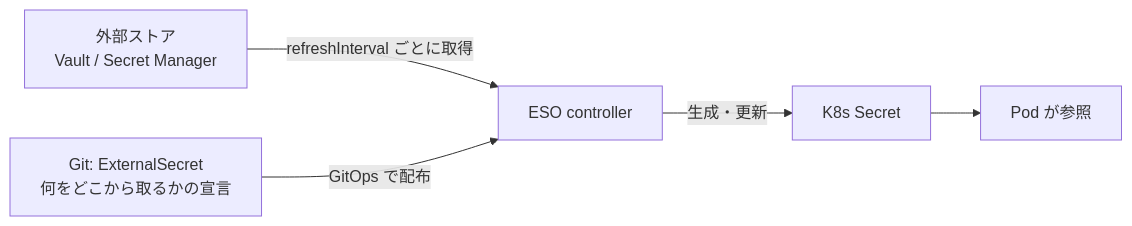
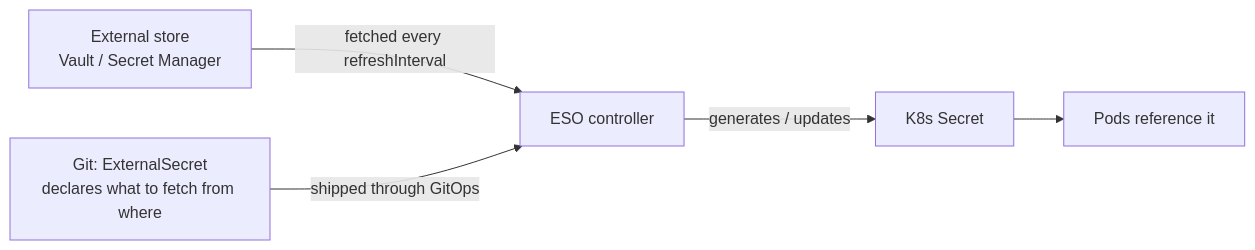
One commit to rai-wtnb/lab-argocd changed the diagram in docs/04-eso.md. Above: the diagram before and after it, drawn with Mermaid. The commit also changed other lines of this file and 37 other files, not shown here.

````diff
--- a/docs/04-eso.md
+++ b/docs/04-eso.md
@@ -16,7 +16,7 @@
 ```mermaid
 flowchart LR
-    V[外部ストア<br>Vault / Secret Manager] -->|refreshInterval ごとに取得| ESO[ESO controller]
-    G[Git: ExternalSecret<br>何をどこから取るかの宣言] -->|GitOps で配布| ESO
-    ESO -->|生成・更新| S[K8s Secret]
-    S --> P[Pod が参照]
+    V[External store<br>Vault / Secret Manager] -->|fetched every refreshInterval| ESO[ESO controller]
+    G[Git: ExternalSecret<br>declares what to fetch from where] -->|shipped through GitOps| ESO
+    ESO -->|generates / updates| S[K8s Secret]
+    S --> P[Pods reference it]
 ```
````
